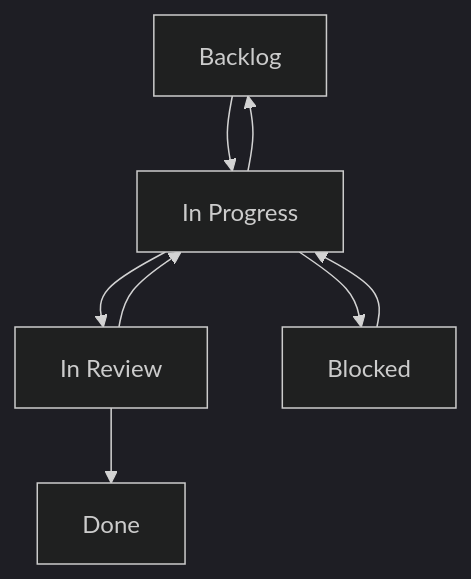
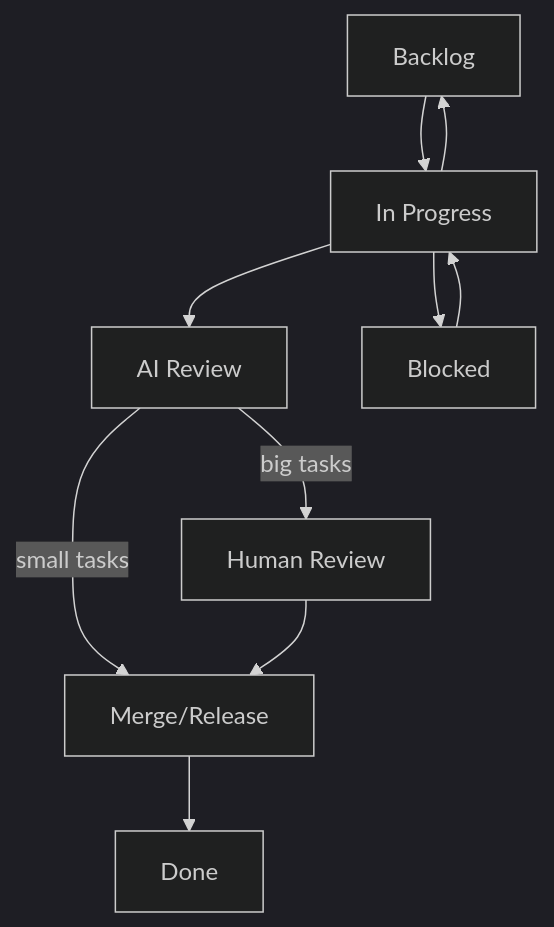
One commit to Emasoft/emasoft-orchestrator-agent changed the diagram in skills/eoa-remote-agent-coordinator/templates/github/KANBAN_SYNC_PROTOCOL-part2-transitions-and-commands.md. Above: the diagram before and after it, drawn with Mermaid (dark theme). The commit also changed other lines of this file and 27 other files, not shown here.

````diff
--- a/skills/eoa-remote-agent-coordinator/templates/github/KANBAN_SYNC_PROTOCOL-part2-transitions-and-commands.md
+++ b/skills/eoa-remote-agent-coordinator/templates/github/KANBAN_SYNC_PROTOCOL-part2-transitions-and-commands.md
@@ -13,10 +13,12 @@
 ```mermaid
 graph TD
     A[Backlog] --> B[In Progress]
-    B --> C[In Review]
-    C --> D[Done]
-    C --> B
-    B --> E[Blocked]
-    E --> B
+    B --> C[AI Review]
+    C -->|big tasks| D[Human Review]
+    C -->|small tasks| E[Merge/Release]
+    D --> E[Merge/Release]
+    E --> F[Done]
+    B --> G[Blocked]
+    G --> B
     B --> A
 ```
````
